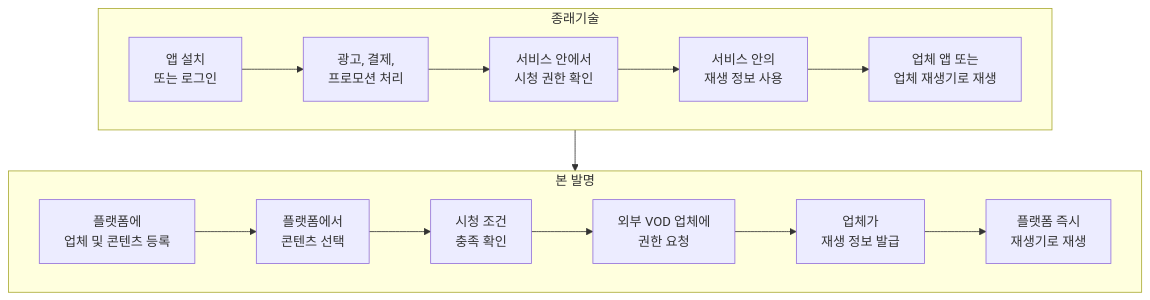
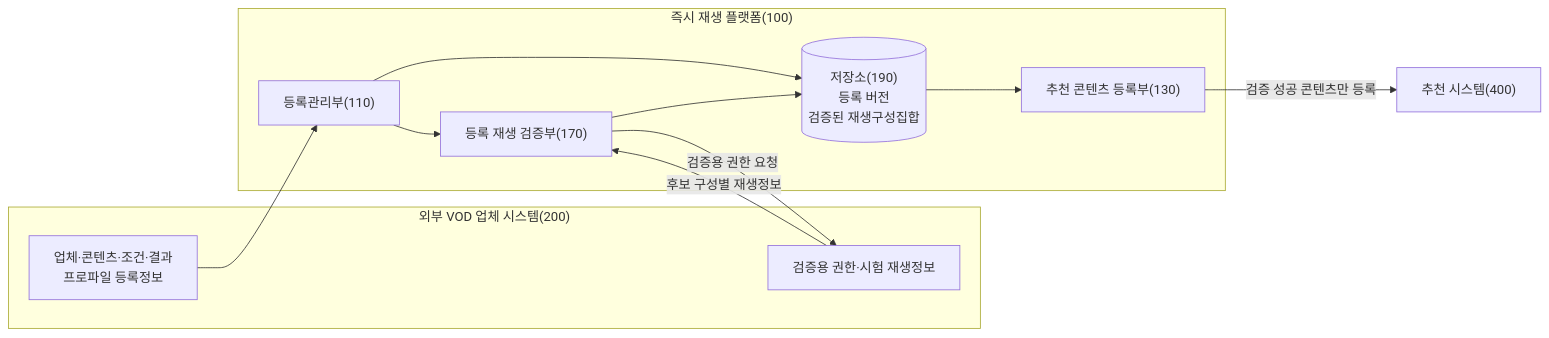
One commit to growdai1y/instant-play changed the second of 14 diagrams in instant_play_직무발명서.md. Above: the diagram before and after it, drawn with Mermaid. The commit also changed other lines of this file and 1 other file, not shown here.

````diff
--- a/instant_play_직무발명서.md
+++ b/instant_play_직무발명서.md
@@ -85,26 +151,26 @@
 ```mermaid
-flowchart TB
-    subgraph OLD["종래기술"]
-        direction LR
-        O1["앱 설치<br/>또는 로그인"]
-        O2["광고, 결제,<br/>프로모션 처리"]
-        O3["서비스 안에서<br/>시청 권한 확인"]
-        O4["서비스 안의<br/>재생 정보 사용"]
-        O5["업체 앱 또는<br/>업체 재생기로 재생"]
-        O1 --> O2 --> O3 --> O4 --> O5
+flowchart LR
+    subgraph PROVIDER["외부 VOD 업체 시스템(200)"]
+        PREG["업체·콘텐츠·조건·결과<br/>프로파일 등록정보"]
+        PTEST["검증용 권한·시험 재생정보"]
     end
 
-    subgraph NEW["본 발명"]
-        direction LR
-        N1["플랫폼에<br/>업체 및 콘텐츠 등록"]
-        N2["플랫폼에서<br/>콘텐츠 선택"]
-        N3["시청 조건<br/>충족 확인"]
-        N4["외부 VOD 업체에<br/>권한 요청"]
-        N5["업체가<br/>재생 정보 발급"]
-        N6["플랫폼 즉시<br/>재생기로 재생"]
-        N1 --> N2 --> N3 --> N4 --> N5 --> N6
+    subgraph PLATFORM["즉시 재생 플랫폼(100)"]
+        MANAGE["등록관리부(110)"]
+        VERIFY["등록 재생 검증부(170)"]
+        STORE[("저장소(190)<br/>등록 버전<br/>검증된 재생구성집합")]
+        RECREG["추천 콘텐츠 등록부(130)"]
+
+        MANAGE --> VERIFY
+        MANAGE --> STORE
+        VERIFY --> STORE
+        STORE --> RECREG
     end
 
-    OLD --> NEW
+    RECOMMEND["추천 시스템(400)"]
 
+    PREG --> MANAGE
+    VERIFY -->|"검증용 권한 요청"| PTEST
+    PTEST -->|"후보 구성별 재생정보"| VERIFY
+    RECREG -->|"검증 성공 콘텐츠만 등록"| RECOMMEND
 ```
````
